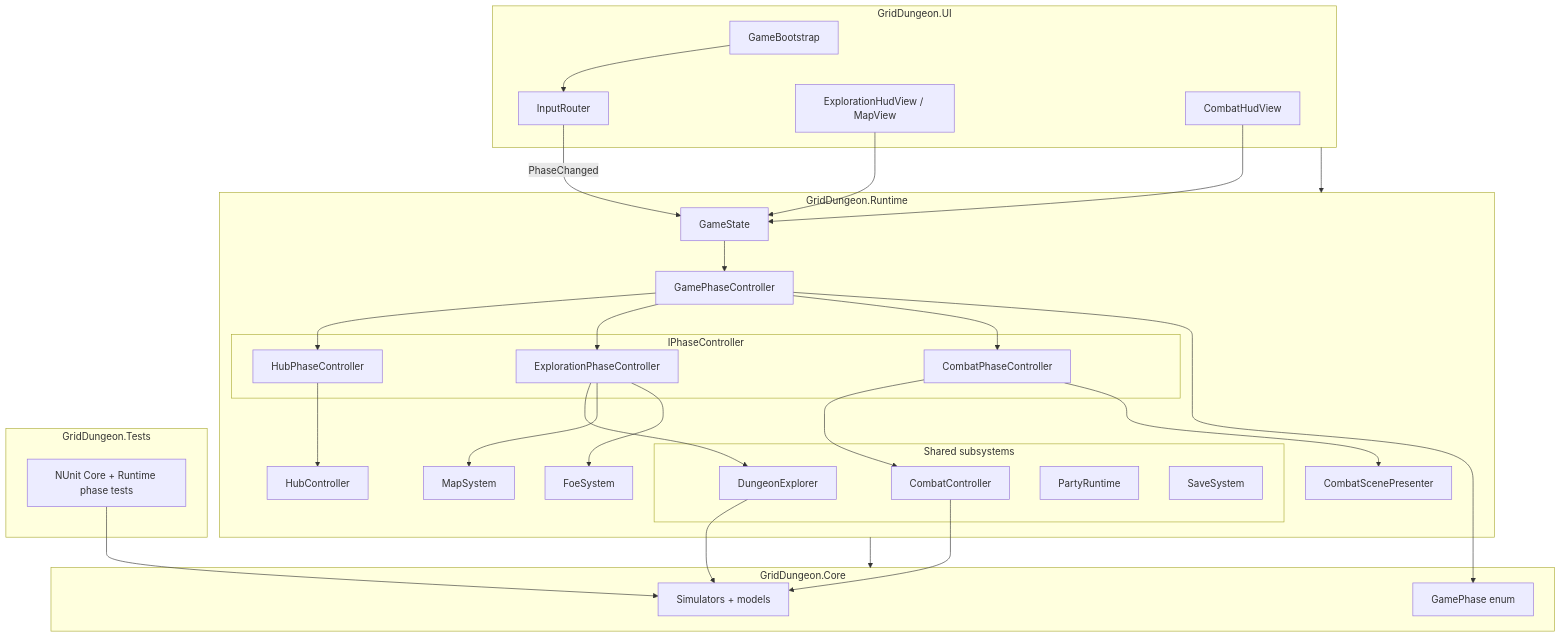
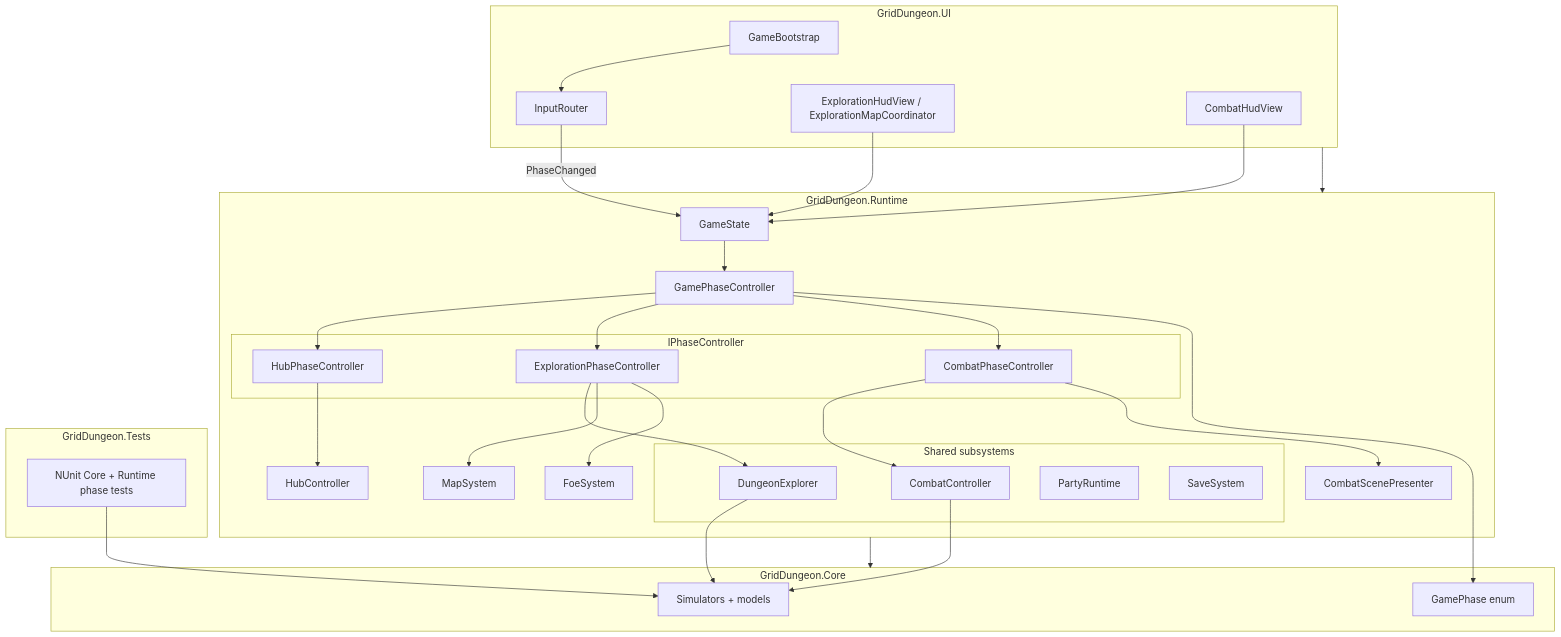
The first of 6 diagrams in docs/02-systems/game-phase.md (miramocha/griddungeon-design-docs), drawn with Mermaid before and after one commit. The commit also changed other lines of this file and 21 other files, not shown here.

First line of the commit message:
docs: exploration map split (game #244) (#33)

````diff
--- a/docs/02-systems/game-phase.md
+++ b/docs/02-systems/game-phase.md
@@ -24,45 +24,45 @@
 ```mermaid
 flowchart TB
   subgraph ui [GridDungeon.UI]
     GB[GameBootstrap]
     IR[InputRouter]
-    EHUD[ExplorationHudView / MapView]
+    EHUD[ExplorationHudView / ExplorationMapCoordinator]
     CHUD[CombatHudView]
   end
   subgraph runtime [GridDungeon.Runtime]
     GS[GameState]
     GPC[GamePhaseController]
     subgraph phases [IPhaseController]
       H[HubPhaseController]
       E[ExplorationPhaseController]
       C[CombatPhaseController]
     end
     subgraph systems [Shared subsystems]
       DE[DungeonExplorer]
       CC[CombatController]
       PR[PartyRuntime]
       SS[SaveSystem]
     end
     GS --> GPC
     GPC --> H & E & C
     H --> HubController
     E --> DE & MapSystem & FoeSystem
     C --> CC & CombatScenePresenter
   end
   subgraph core [GridDungeon.Core]
     SIM[Simulators + models]
     GP[GamePhase enum]
   end
   subgraph tests [GridDungeon.Tests]
     T[NUnit Core + Runtime phase tests]
   end
   EHUD --> GS
   CHUD --> GS
   GB --> IR
   IR -->|PhaseChanged| GS
   GPC --> GP
   CC & DE --> SIM
   T --> SIM
   ui --> runtime
   runtime --> core
 ```
````
